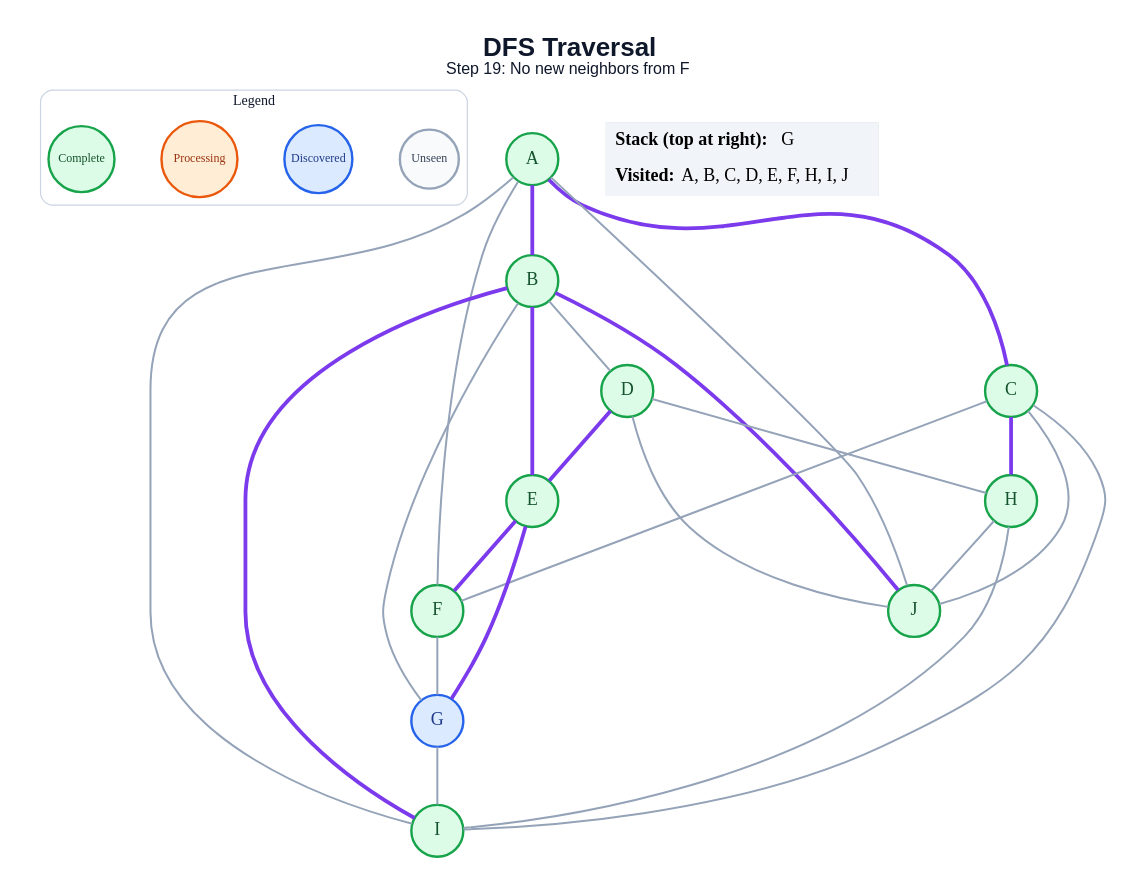
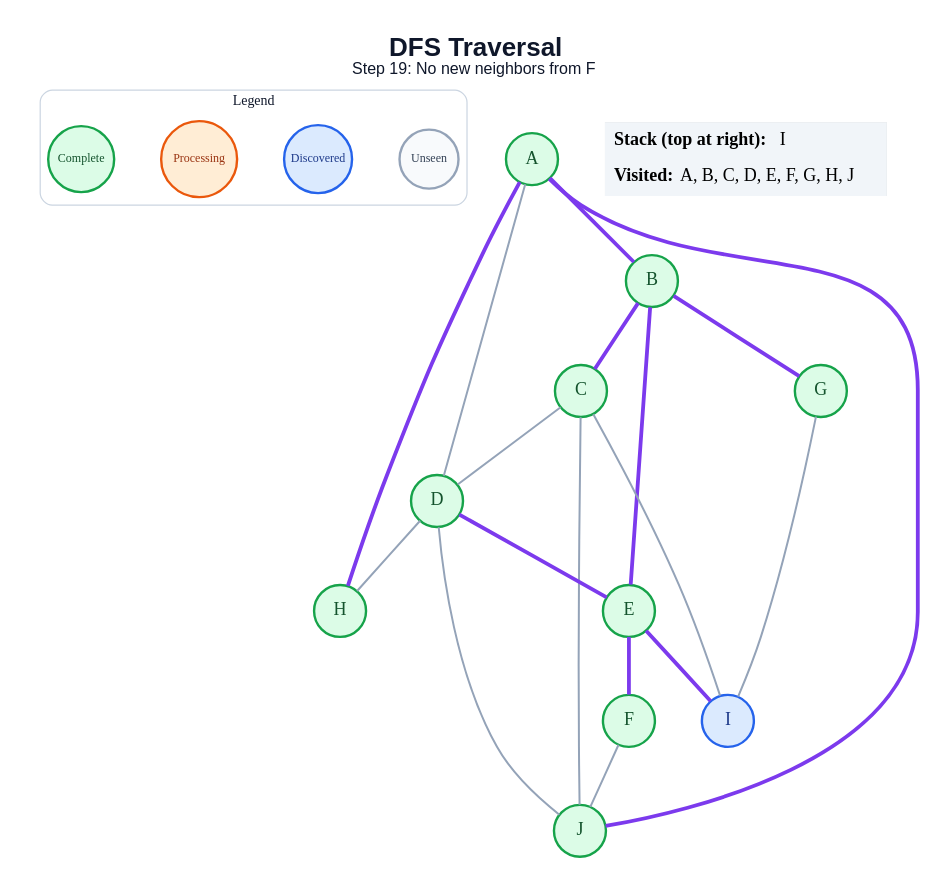
Before and after one commit to amanghodawala9/ai-slop: the diagram in generated/specific-node/dfs/step_19.dot, drawn with Graphviz. The commit also changed 178 other files, not shown here.

```diff
--- a/generated/specific-node/dfs/step_19.dot
+++ b/generated/specific-node/dfs/step_19.dot
@@ -1,52 +1,46 @@
 graph traversal {
   graph [layout=dot, rankdir=TB, bgcolor="#FFFFFF", pad="0.35", nodesep="0.65", ranksep="0.8", fontname="Arial"];
   node [shape=circle, style="filled", fontname="Arial Bold", fontsize=18, width=0.72, fixedsize=true, penwidth=2.4];
   edge [color="#94A3B8", penwidth=2.0];
   label=<<B>DFS Traversal</B><BR/><FONT POINT-SIZE="16">Step 19: No new neighbors from F</FONT>>; labelloc="t"; fontsize=26; fontname="Arial"; fontcolor="#0F172A";
   subgraph cluster_legend { label="Legend"; color="#CBD5E1"; penwidth=1.2; style="rounded"; fontsize=14; fontname="Arial Bold";
     key_unseen [label="Unseen", fillcolor="#F8FAFC", color="#94A3B8", fontcolor="#334155", fontsize=12, width=0.82];
     key_frontier [label="Discovered", fillcolor="#DBEAFE", color="#2563EB", fontcolor="#1E3A8A", fontsize=12, width=0.95];
     key_current [label="Processing", fillcolor="#FFEDD5", color="#EA580C", fontcolor="#9A3412", fontsize=12, width=1.05];
     key_done [label="Complete", fillcolor="#DCFCE7", color="#16A34A", fontcolor="#14532D", fontsize=12, width=0.92];
     { rank=same; key_unseen; key_frontier; key_current; key_done; }
   }
   A [fillcolor="#DCFCE7", color="#16A34A", fontcolor="#14532D"];
   B [fillcolor="#DCFCE7", color="#16A34A", fontcolor="#14532D"];
   C [fillcolor="#DCFCE7", color="#16A34A", fontcolor="#14532D"];
   D [fillcolor="#DCFCE7", color="#16A34A", fontcolor="#14532D"];
   E [fillcolor="#DCFCE7", color="#16A34A", fontcolor="#14532D"];
   F [fillcolor="#DCFCE7", color="#16A34A", fontcolor="#14532D"];
-  G [fillcolor="#DBEAFE", color="#2563EB", fontcolor="#1E3A8A"];
+  G [fillcolor="#DCFCE7", color="#16A34A", fontcolor="#14532D"];
   H [fillcolor="#DCFCE7", color="#16A34A", fontcolor="#14532D"];
-  I [fillcolor="#DCFCE7", color="#16A34A", fontcolor="#14532D"];
+  I [fillcolor="#DBEAFE", color="#2563EB", fontcolor="#1E3A8A"];
   J [fillcolor="#DCFCE7", color="#16A34A", fontcolor="#14532D"];
   A -- B [color="#7C3AED", penwidth=3.8];
-  A -- C [color="#7C3AED", penwidth=3.8];
-  A -- F;
-  A -- I;
-  A -- J;
-  B -- D;
+  A -- D;
+  A -- H [color="#7C3AED", penwidth=3.8];
+  A -- J [color="#7C3AED", penwidth=3.8];
+  B -- C [color="#7C3AED", penwidth=3.8];
   B -- E [color="#7C3AED", penwidth=3.8];
-  B -- G;
-  B -- I [color="#7C3AED", penwidth=3.8];
-  B -- J [color="#7C3AED", penwidth=3.8];
-  C -- F;
-  C -- H [color="#7C3AED", penwidth=3.8];
+  B -- G [color="#7C3AED", penwidth=3.8];
+  C -- D;
   C -- I;
   C -- J;
   D -- E [color="#7C3AED", penwidth=3.8];
   D -- H;
   D -- J;
   E -- F [color="#7C3AED", penwidth=3.8];
-  E -- G [color="#7C3AED", penwidth=3.8];
-  F -- G;
+  E -- I [color="#7C3AED", penwidth=3.8];
+  F -- J;
   G -- I;
-  H -- I;
-  H -- J;
   status [shape=plain, fixedsize=false, width=0, height=0, margin=0, label=<
     <TABLE BORDER="0" CELLBORDER="0" CELLPADDING="7" BGCOLOR="#F1F5F9">
-      <TR><TD ALIGN="LEFT"><B>Stack (top at right):</B> G</TD></TR>
-      <TR><TD ALIGN="LEFT"><B>Visited:</B> A, B, C, D, E, F, H, I, J</TD></TR>
+      <TR><TD ALIGN="LEFT"><B>Stack (top at right):</B> I</TD></TR>
+      <TR><TD ALIGN="LEFT"><B>Visited:</B> A, B, C, D, E, F, G, H, J</TD></TR>
     </TABLE>
   >];
 }
```
